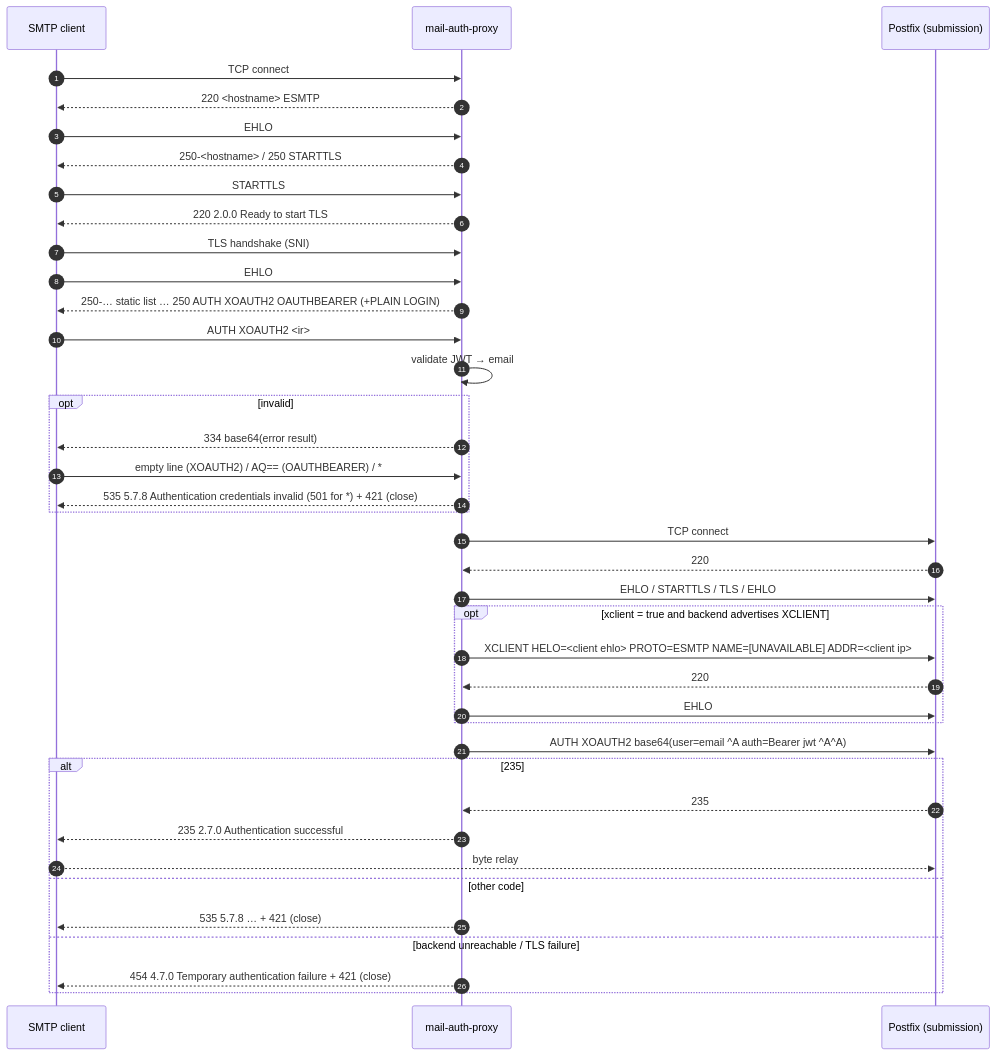
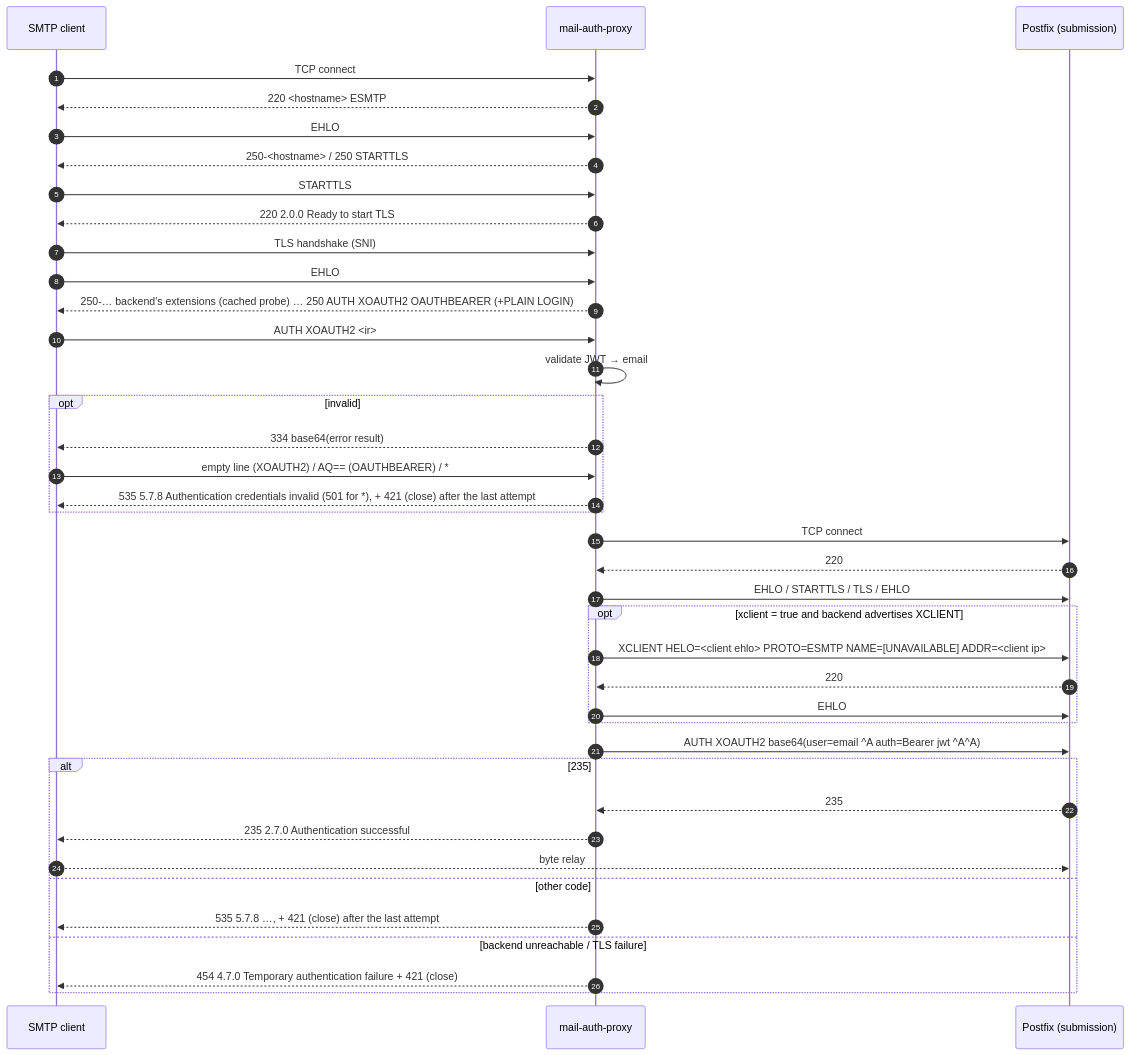
The second of 3 diagrams in docs/protocols.md (NK-IT-CLOUD/mail-auth-proxy), drawn with Mermaid before and after one commit. The commit also changed other lines of this file and 9 other files, not shown here.

````diff
--- a/docs/protocols.md
+++ b/docs/protocols.md
@@ -204,41 +204,41 @@
 ```mermaid
 sequenceDiagram
     autonumber
     participant C as SMTP client
     participant P as mail-auth-proxy
     participant B as Postfix (submission)
     C->>P: TCP connect
     P-->>C: 220 <hostname> ESMTP
     C->>P: EHLO
     P-->>C: 250-<hostname> / 250 STARTTLS
     C->>P: STARTTLS
     P-->>C: 220 2.0.0 Ready to start TLS
     C->>P: TLS handshake (SNI)
     C->>P: EHLO
-    P-->>C: 250-… static list … 250 AUTH XOAUTH2 OAUTHBEARER (+PLAIN LOGIN)
+    P-->>C: 250-… backend's extensions (cached probe) … 250 AUTH XOAUTH2 OAUTHBEARER (+PLAIN LOGIN)
     C->>P: AUTH XOAUTH2 <ir>
     P->>P: validate JWT → email
     opt invalid
         P-->>C: 334 base64(error result)
         C->>P: empty line (XOAUTH2) / AQ== (OAUTHBEARER) / *
-        P-->>C: 535 5.7.8 Authentication credentials invalid (501 for *) + 421 (close)
+        P-->>C: 535 5.7.8 Authentication credentials invalid (501 for *), + 421 (close) after the last attempt
     end
     P->>B: TCP connect
     B-->>P: 220
     P->>B: EHLO / STARTTLS / TLS / EHLO
     opt xclient = true and backend advertises XCLIENT
         P->>B: XCLIENT HELO=<client ehlo> PROTO=ESMTP NAME=[UNAVAILABLE] ADDR=<client ip>
         B-->>P: 220
         P->>B: EHLO
     end
     P->>B: AUTH XOAUTH2 base64(user=email ^A auth=Bearer jwt ^A^A)
     alt 235
         B-->>P: 235
         P-->>C: 235 2.7.0 Authentication successful
         C-->>B: byte relay
     else other code
-        P-->>C: 535 5.7.8 … + 421 (close)
+        P-->>C: 535 5.7.8 …, + 421 (close) after the last attempt
     else backend unreachable / TLS failure
         P-->>C: 454 4.7.0 Temporary authentication failure + 421 (close)
     end
 ```
````
